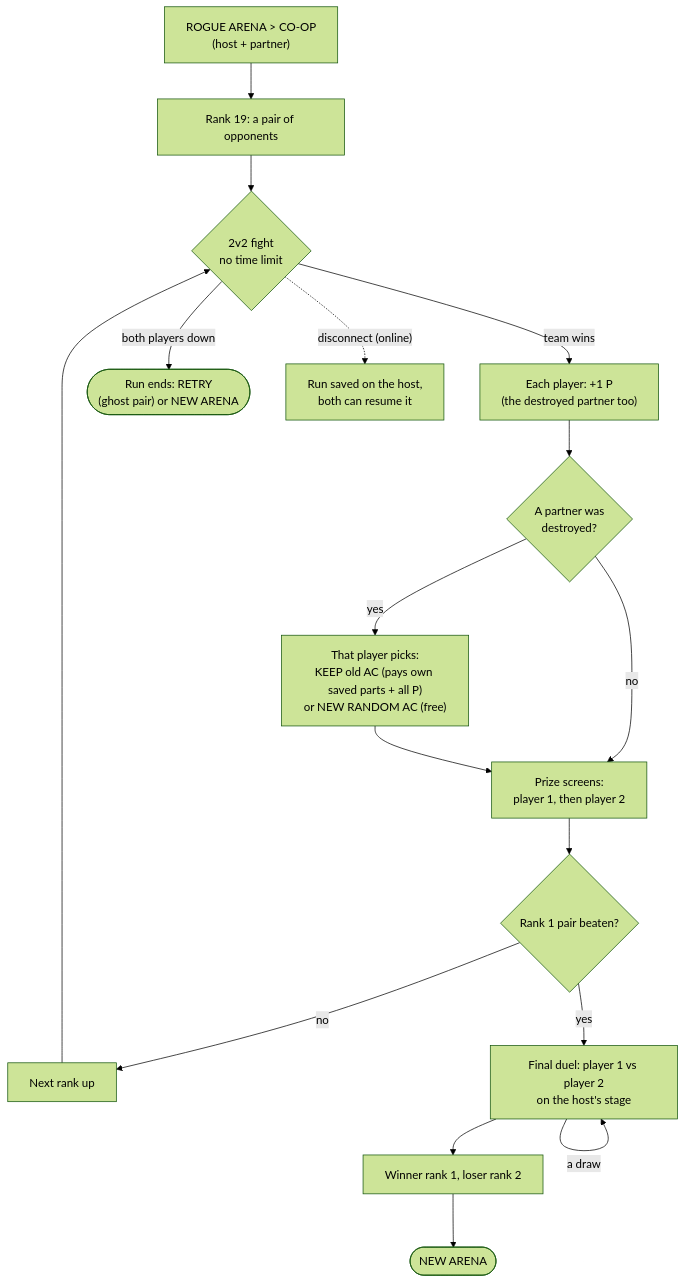
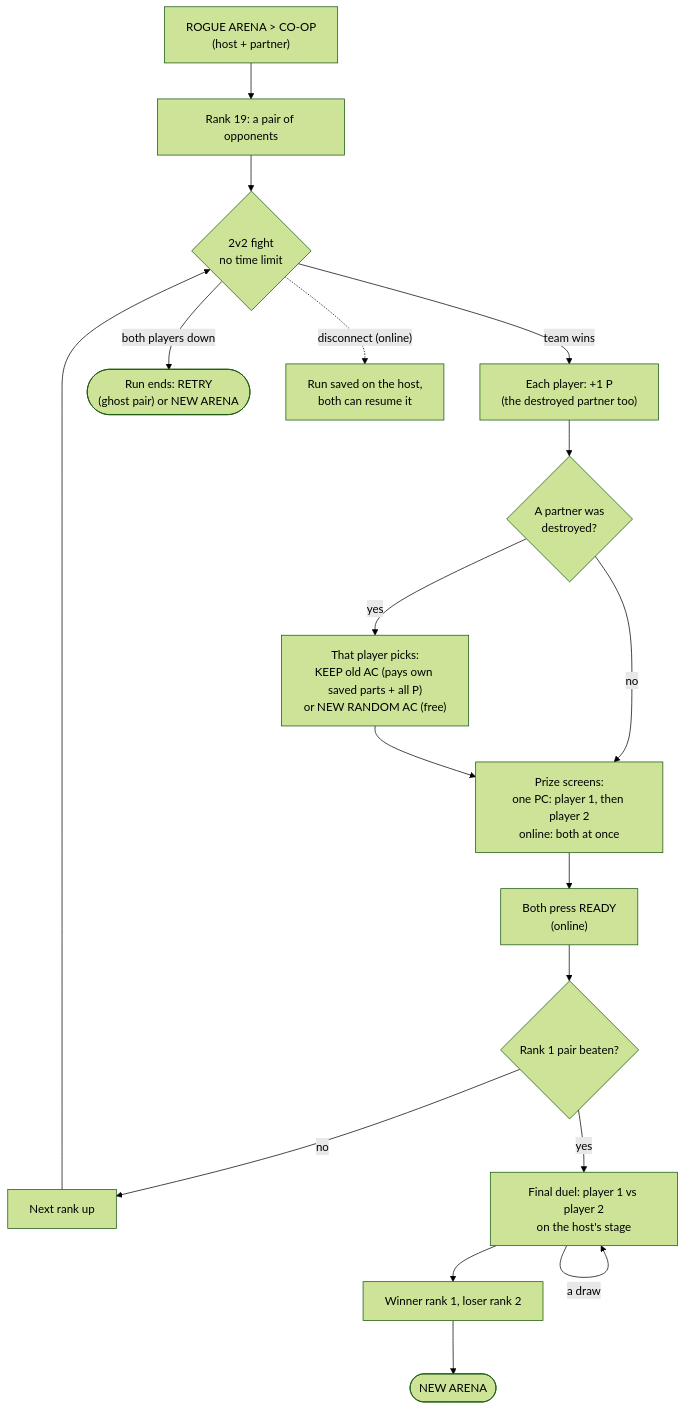
One commit to Hatdagger/Armored-CoreR changed the diagram in docs/ROGUE-ARENA-COOP.md. Above: the diagram before and after it, drawn with Mermaid (forest theme). The commit also changed other lines of this file and 17 other files, not shown here.

First line of the commit message:
Rogue Arena co-op online: host keeps the run, screens at once, READY, rollback fights

````diff
--- a/docs/ROGUE-ARENA-COOP.md
+++ b/docs/ROGUE-ARENA-COOP.md
@@ -13,18 +14,19 @@
 ```mermaid
 flowchart TD
     M["ROGUE ARENA > CO-OP<br/>(host + partner)"] --> R["Rank 19: a pair of opponents"]
     R --> F{"2v2 fight<br/>no time limit"}
     F -- "team wins" --> P["Each player: +1 P<br/>(the destroyed partner too)"]
     P --> RJ{"A partner was<br/>destroyed?"}
     RJ -- yes --> CH["That player picks:<br/>KEEP old AC (pays own saved parts + all P)<br/>or NEW RANDOM AC (free)"]
     RJ -- no --> PZ
-    CH --> PZ["Prize screens:<br/>player 1, then player 2"]
-    PZ --> NX{"Rank 1 pair beaten?"}
+    CH --> PZ["Prize screens:<br/>one PC: player 1, then player 2<br/>online: both at once"]
+    PZ --> RD["Both press READY<br/>(online)"]
+    RD --> NX{"Rank 1 pair beaten?"}
     NX -- no --> R2["Next rank up"] --> F
     NX -- yes --> D["Final duel: player 1 vs player 2<br/>on the host's stage"]
     D -- "a draw" --> D
     D --> L["Winner rank 1, loser rank 2"]
     L --> NEW(["NEW ARENA"])
     F -- "both players down" --> END(["Run ends: RETRY<br/>(ghost pair) or NEW ARENA"])
     F -. "disconnect (online)" .-> SV["Run saved on the host,<br/>both can resume it"]
 ```
````
